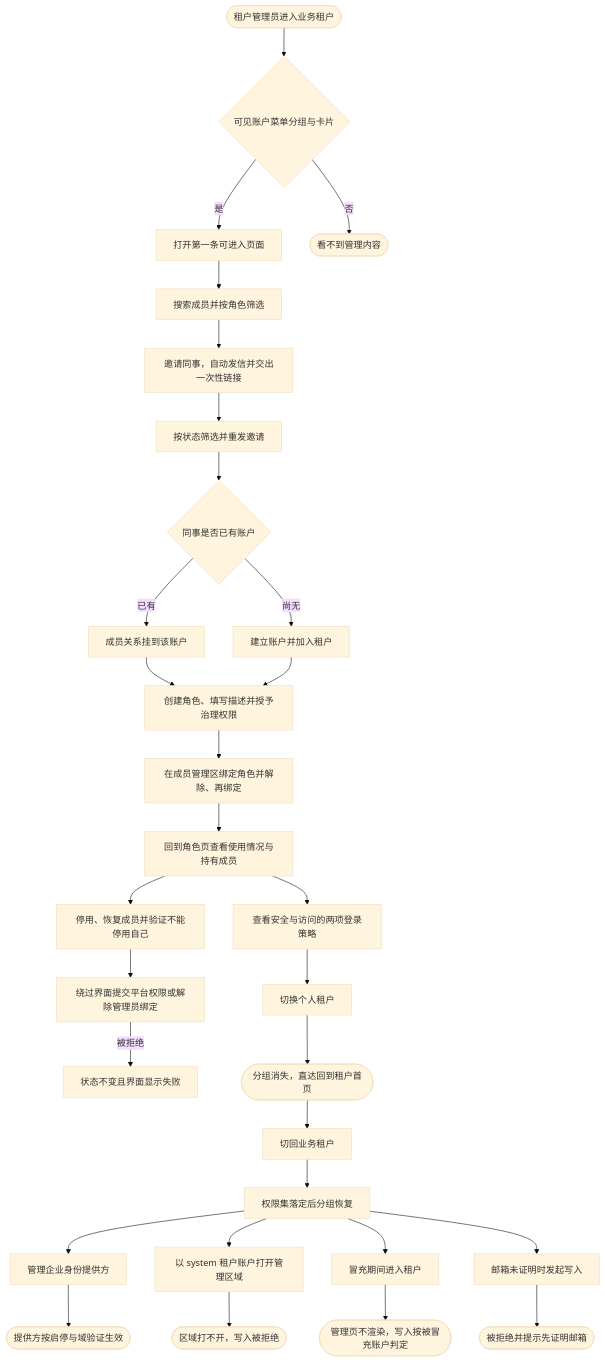
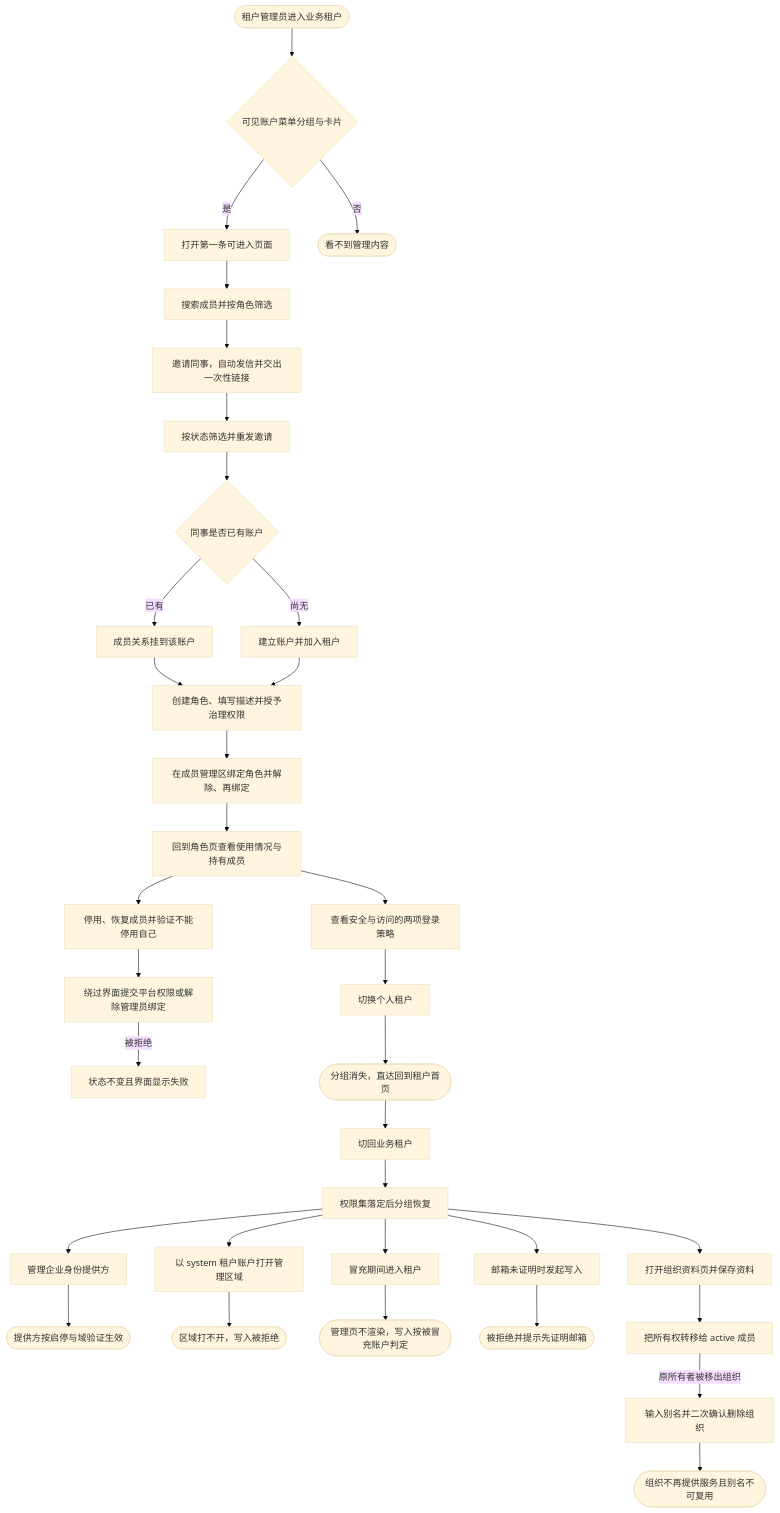
One commit to wangzw/speed changed the diagram in docs/prd/journeys/journey-tenant-admin.md. Above: the diagram before and after it, drawn with Mermaid (base theme). The commit also changed other lines of this file and 9 other files, not shown here.

````diff
--- a/docs/prd/journeys/journey-tenant-admin.md
+++ b/docs/prd/journeys/journey-tenant-admin.md
@@ -86,32 +91,36 @@
 ```mermaid
 flowchart TD
     A([租户管理员进入业务租户]) --> B{可见账户菜单分组与卡片}
     B -->|是| C[打开第一条可进入页面]
     B -->|否| Z([看不到管理内容])
     C --> C1[搜索成员并按角色筛选]
     C1 --> D[邀请同事，自动发信并交出一次性链接]
     D --> D1[按状态筛选并重发邀请]
     D1 --> E{同事是否已有账户}
     E -->|已有| F[成员关系挂到该账户]
     E -->|尚无| G[建立账户并加入租户]
     F --> H[创建角色、填写描述并授予治理权限]
     G --> H
     H --> I[在成员管理区绑定角色并解除、再绑定]
     I --> I1[回到角色页查看使用情况与持有成员]
     I1 --> I2[停用、恢复成员并验证不能停用自己]
     I2 --> J[绕过界面提交平台权限或解除管理员绑定]
     J -->|被拒绝| K[状态不变且界面显示失败]
     I1 --> L[查看安全与访问的两项登录策略]
     L --> M[切换个人租户]
     M --> N([分组消失，直达回到租户首页])
     N --> O[切回业务租户]
     O --> P[权限集落定后分组恢复]
     P --> Q[管理企业身份提供方]
     Q --> R([提供方按启停与域验证生效])
     P --> S[以 system 租户账户打开管理区域]
     S --> T([区域打不开，写入被拒绝])
     P --> U[冒充期间进入租户]
     U --> V([管理页不渲染，写入按被冒充账户判定])
     P --> W[邮箱未证明时发起写入]
     W --> X([被拒绝并提示先证明邮箱])
+    P --> Y[打开组织资料页并保存资料]
+    Y --> Y1[把所有权转移给 active 成员]
+    Y1 -->|原所有者被移出组织| Y2[输入别名并二次确认删除组织]
+    Y2 --> Y3([组织不再提供服务且别名不可复用])
 ```
````
